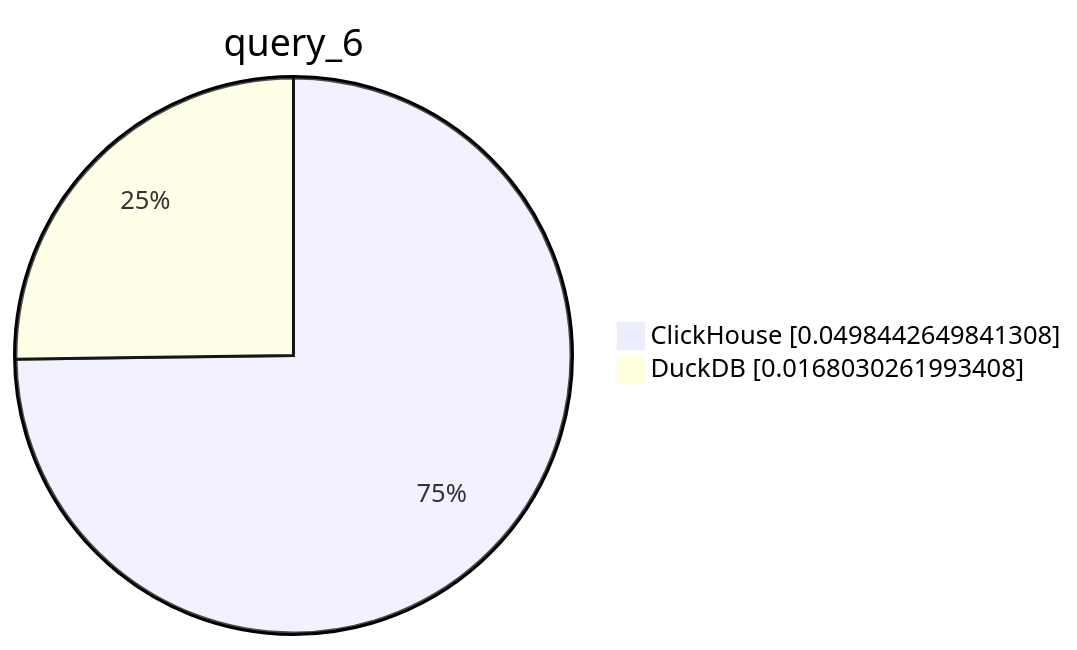
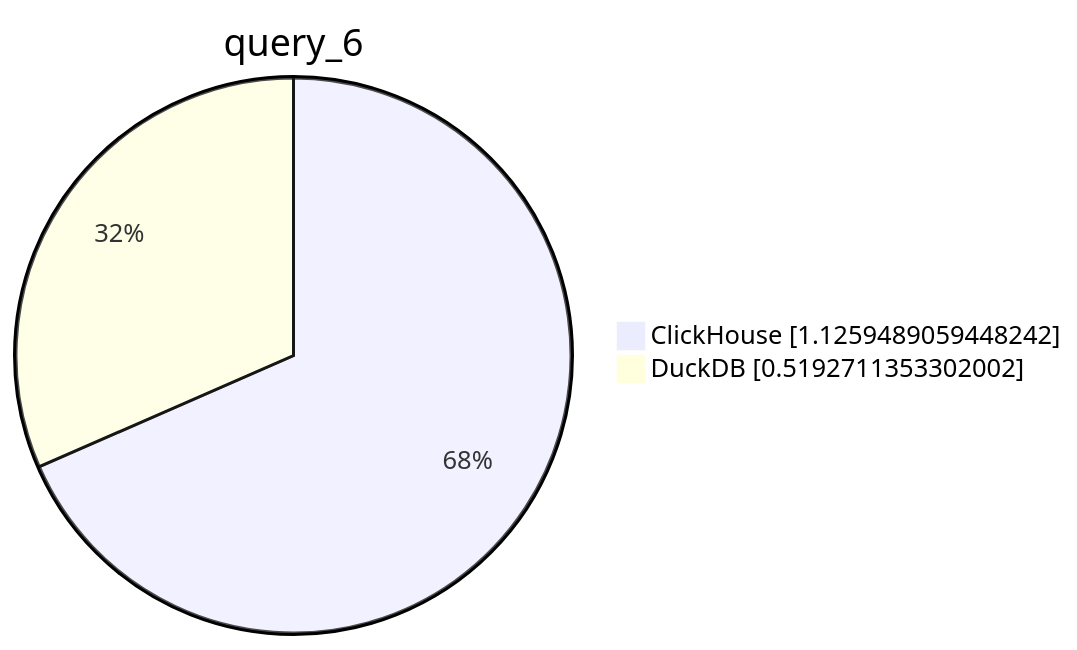
Before and after one commit to Altinity/clickhouse-regression: the seventh of 10 diagrams in parquet/performance/performance_reports/results.md, drawn with Mermaid. The commit also changed other lines of this file and 1 other file, not shown here.

````diff
--- a/parquet/performance/performance_reports/results.md
+++ b/parquet/performance/performance_reports/results.md
@@ -52,6 +52,6 @@
 ```mermaid
      pie showData
          title query_6
-         "ClickHouse" : 0.0498442649841308
-         "DuckDB" : 0.0168030261993408
+         "ClickHouse" : 1.1259489059448242
+         "DuckDB" : 0.5192711353302002
 ```
````
